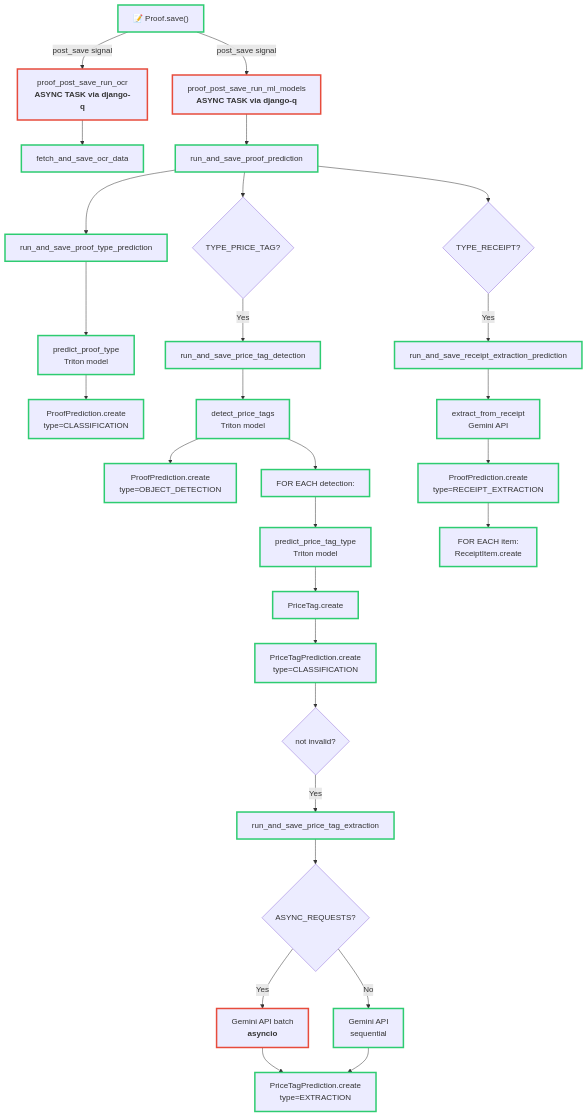
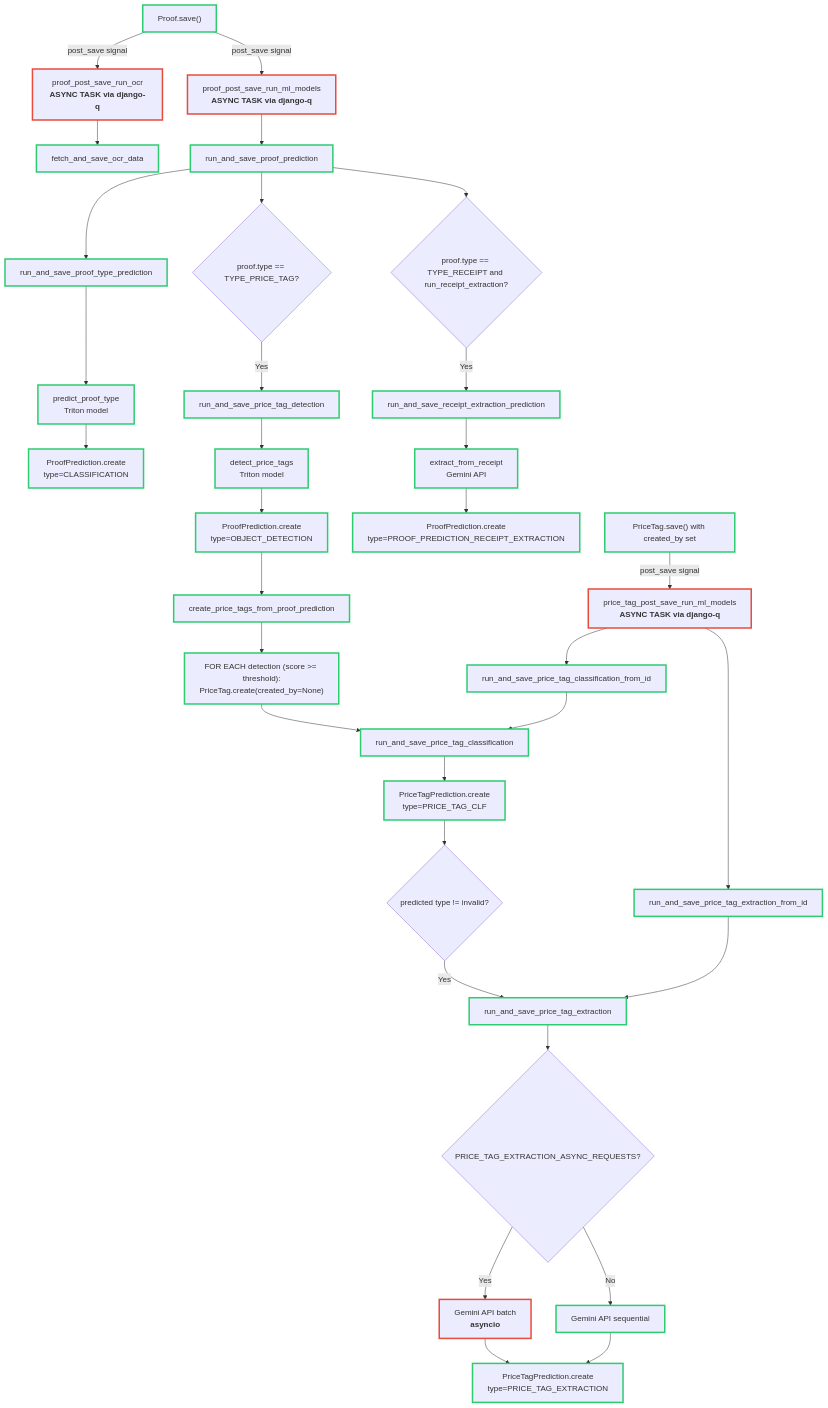
One commit to openfoodfacts/open-prices changed the diagram in docs/topics/ai/proof-prediction-flow.md. Above: the diagram before and after it, drawn with Mermaid. The commit also changed other lines of this file, not shown here.

Commit message:
update mermaid

````diff
--- a/docs/topics/ai/proof-prediction-flow.md
+++ b/docs/topics/ai/proof-prediction-flow.md
@@ -16,59 +7,66 @@
 ```mermaid
 graph TD
-    A["📝 Proof.save()"] -->|"post_save signal"| G["proof_post_save_run_ocr<br/><b>ASYNC TASK via django-q</b>"]
-    A -->|"post_save signal"| H["proof_post_save_run_ml_models<br/><b>ASYNC TASK via django-q</b>"]
+    A["Proof.save()"] -->|"post_save signal"| B["proof_post_save_run_ocr<br/><b>ASYNC TASK via django-q</b>"]
+    A -->|"post_save signal"| C["proof_post_save_run_ml_models<br/><b>ASYNC TASK via django-q</b>"]
 
-    G --> G1["fetch_and_save_ocr_data"]
+    B --> B1["fetch_and_save_ocr_data"]
 
-    H --> I["run_and_save_proof_prediction"]
+    C --> D["run_and_save_proof_prediction"]
+    D --> E["run_and_save_proof_type_prediction"]
+    E --> E1["predict_proof_type<br/>Triton model"]
+    E1 --> E2["ProofPrediction.create<br/>type=CLASSIFICATION"]
 
-    I --> J["run_and_save_proof_type_prediction"]
-    J --> J1["predict_proof_type<br/>Triton model"]
-    J1 --> J2["ProofPrediction.create<br/>type=CLASSIFICATION"]
+    D --> F{"proof.type == TYPE_PRICE_TAG?"}
+    F -->|"Yes"| G["run_and_save_price_tag_detection"]
+    G --> G1["detect_price_tags<br/>Triton model"]
+    G1 --> G2["ProofPrediction.create<br/>type=OBJECT_DETECTION"]
+    G2 --> G3["create_price_tags_from_proof_prediction"]
+    G3 --> G4["FOR EACH detection (score >= threshold):<br/>PriceTag.create(created_by=None)"]
+    G4 --> G5["run_and_save_price_tag_classification"]
+    G5 --> G6["PriceTagPrediction.create<br/>type=PRICE_TAG_CLF"]
+    G6 --> G7{"predicted type != invalid?"}
+    G7 -->|"Yes"| H["run_and_save_price_tag_extraction"]
+    H --> H1{PRICE_TAG_EXTRACTION_ASYNC_REQUESTS?}
+    H1 -->|"Yes"| H2["Gemini API batch<br/><b>asyncio</b>"]
+    H1 -->|"No"| H3["Gemini API sequential"]
+    H2 --> H4["PriceTagPrediction.create<br/>type=PRICE_TAG_EXTRACTION"]
+    H3 --> H4
 
-    I --> K{"TYPE_PRICE_TAG?"}
-    K -->|"Yes"| L["run_and_save_price_tag_detection"]
-    L --> L1["detect_price_tags<br/>Triton model"]
-    L1 --> L2["ProofPrediction.create<br/>type=OBJECT_DETECTION"]
-    L1 --> L3["FOR EACH detection:"]
-    L3 --> L3a["predict_price_tag_type<br/>Triton model"]
-    L3a --> L3b["PriceTag.create"]
-    L3b --> L3c["PriceTagPrediction.create<br/>type=CLASSIFICATION"]
-    L3c --> L3d{"not invalid?"}
-    L3d -->|"Yes"| L4["run_and_save_price_tag_extraction"]
-    L4 --> L4b{ASYNC_REQUESTS?}
-    L4b -->|"Yes"| L4c["Gemini API batch<br/><b>asyncio</b>"]
-    L4b -->|"No"| L4d["Gemini API<br/>sequential"]
-    L4c --> L4e["PriceTagPrediction.create<br/>type=EXTRACTION"]
-    L4d --> L4e
+    D --> I{"proof.type == TYPE_RECEIPT and run_receipt_extraction?"}
+    I -->|"Yes"| J["run_and_save_receipt_extraction_prediction"]
+    J --> J1["extract_from_receipt<br/>Gemini API"]
+    J1 --> J2["ProofPrediction.create<br/>type=PROOF_PREDICTION_RECEIPT_EXTRACTION"]
 
-    I --> M{"TYPE_RECEIPT?"}
-    M -->|"Yes"| N["run_and_save_receipt_extraction_prediction"]
-    N --> N1["extract_from_receipt<br/>Gemini API"]
-    N1 --> N2["ProofPrediction.create<br/>type=RECEIPT_EXTRACTION"]
-    N2 --> N3["FOR EACH item:<br/>ReceiptItem.create"]
+    K["PriceTag.save() with created_by set"] -->|"post_save signal"| L["price_tag_post_save_run_ml_models<br/><b>ASYNC TASK via django-q</b>"]
+    L --> L1["run_and_save_price_tag_classification_from_id"]
+    L --> L2["run_and_save_price_tag_extraction_from_id"]
+    L1 --> G5
+    L2 --> H
 
     style A stroke:#2ecc71,stroke-width:3px
-    style G stroke:#e74c3c,stroke-width:3px
+    style B stroke:#e74c3c,stroke-width:3px
+    style B1 stroke:#2ecc71,stroke-width:3px
+    style C stroke:#e74c3c,stroke-width:3px
+    style D stroke:#2ecc71,stroke-width:3px
+    style E stroke:#2ecc71,stroke-width:3px
+    style E1 stroke:#2ecc71,stroke-width:3px
+    style E2 stroke:#2ecc71,stroke-width:3px
+    style G stroke:#2ecc71,stroke-width:3px
     style G1 stroke:#2ecc71,stroke-width:3px
-    style H stroke:#e74c3c,stroke-width:3px
-    style I stroke:#2ecc71,stroke-width:3px
+    style G2 stroke:#2ecc71,stroke-width:3px
+    style G3 stroke:#2ecc71,stroke-width:3px
+    style G4 stroke:#2ecc71,stroke-width:3px
+    style G5 stroke:#2ecc71,stroke-width:3px
+    style G6 stroke:#2ecc71,stroke-width:3px
+    style H stroke:#2ecc71,stroke-width:3px
+    style H2 stroke:#e74c3c,stroke-width:3px
+    style H3 stroke:#2ecc71,stroke-width:3px
+    style H4 stroke:#2ecc71,stroke-width:3px
     style J stroke:#2ecc71,stroke-width:3px
     style J1 stroke:#2ecc71,stroke-width:3px
     style J2 stroke:#2ecc71,stroke-width:3px
-    style L stroke:#2ecc71,stroke-width:3px
+    style K stroke:#2ecc71,stroke-width:3px
+    style L stroke:#e74c3c,stroke-width:3px
     style L1 stroke:#2ecc71,stroke-width:3px
     style L2 stroke:#2ecc71,stroke-width:3px
-    style L3 stroke:#2ecc71,stroke-width:3px
-    style L3a stroke:#2ecc71,stroke-width:3px
-    style L3b stroke:#2ecc71,stroke-width:3px
-    style L3c stroke:#2ecc71,stroke-width:3px
-    style L4 stroke:#2ecc71,stroke-width:3px
-    style L4c stroke:#e74c3c,stroke-width:3px
-    style L4d stroke:#2ecc71,stroke-width:3px
-    style L4e stroke:#2ecc71,stroke-width:3px
-    style N stroke:#2ecc71,stroke-width:3px
-    style N1 stroke:#2ecc71,stroke-width:3px
-    style N2 stroke:#2ecc71,stroke-width:3px
-    style N3 stroke:#2ecc71,stroke-width:3px
 ```
````
